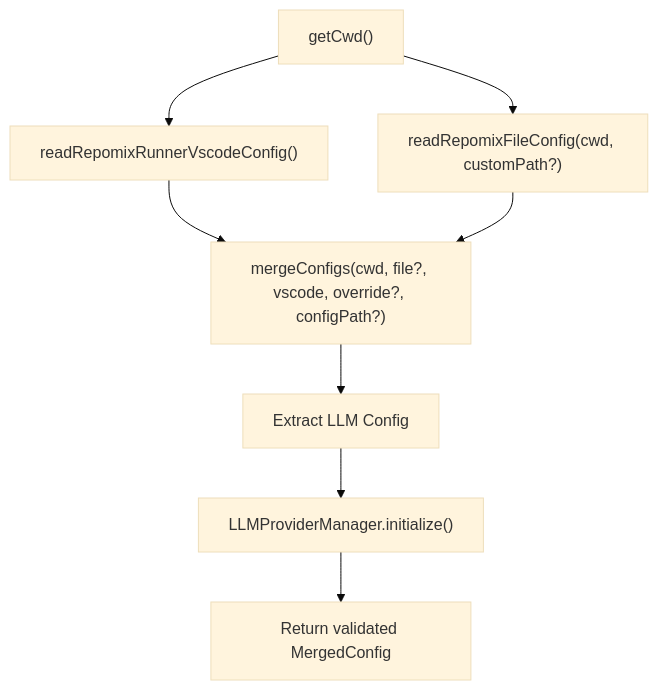
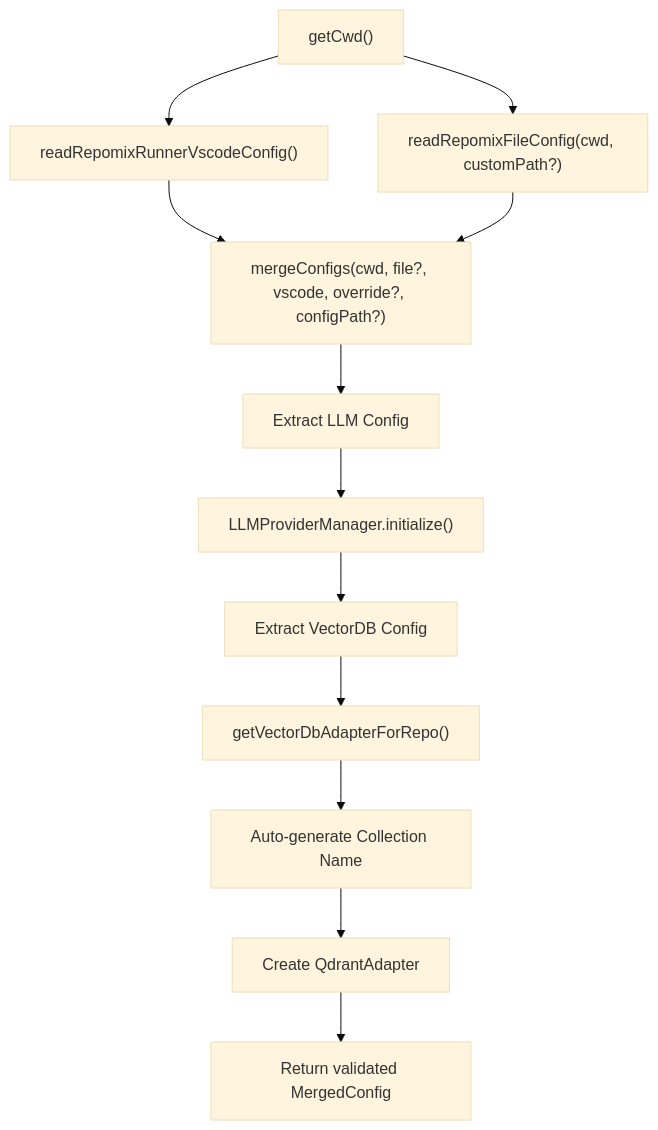
The seventh of 8 diagrams in .qoder/repowiki/en/content/Configuration Management/Configuration Management.md (bramburn/repomix-runner), drawn with Mermaid (base theme) before and after one commit. The commit also changed other lines of this file and 9 other files, not shown here.

````diff
--- a/.qoder/repowiki/en/content/Configuration Management/Configuration Management.md
+++ b/.qoder/repowiki/en/content/Configuration Management/Configuration Management.md
@@ -384,10 +463,14 @@
 ```mermaid
 flowchart TD
 A["getCwd()"] --> B["readRepomixRunnerVscodeConfig()"]
 A --> C["readRepomixFileConfig(cwd, customPath?)"]
 B --> D["mergeConfigs(cwd, file?, vscode, override?, configPath?)"]
 C --> D
 D --> E["Extract LLM Config"]
 E --> F["LLMProviderManager.initialize()"]
-F --> G["Return validated MergedConfig"]
+F --> G["Extract VectorDB Config"]
+G --> H["getVectorDbAdapterForRepo()"]
+H --> I["Auto-generate Collection Name"]
+I --> J["Create QdrantAdapter"]
+J --> K["Return validated MergedConfig"]
 ```
````
